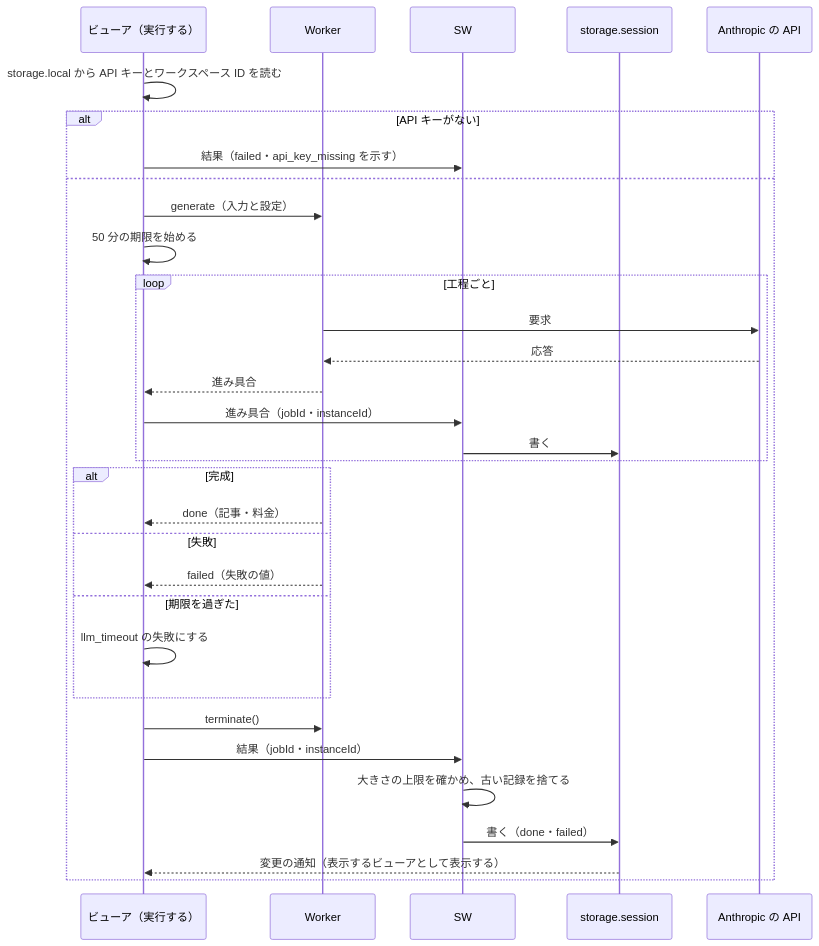
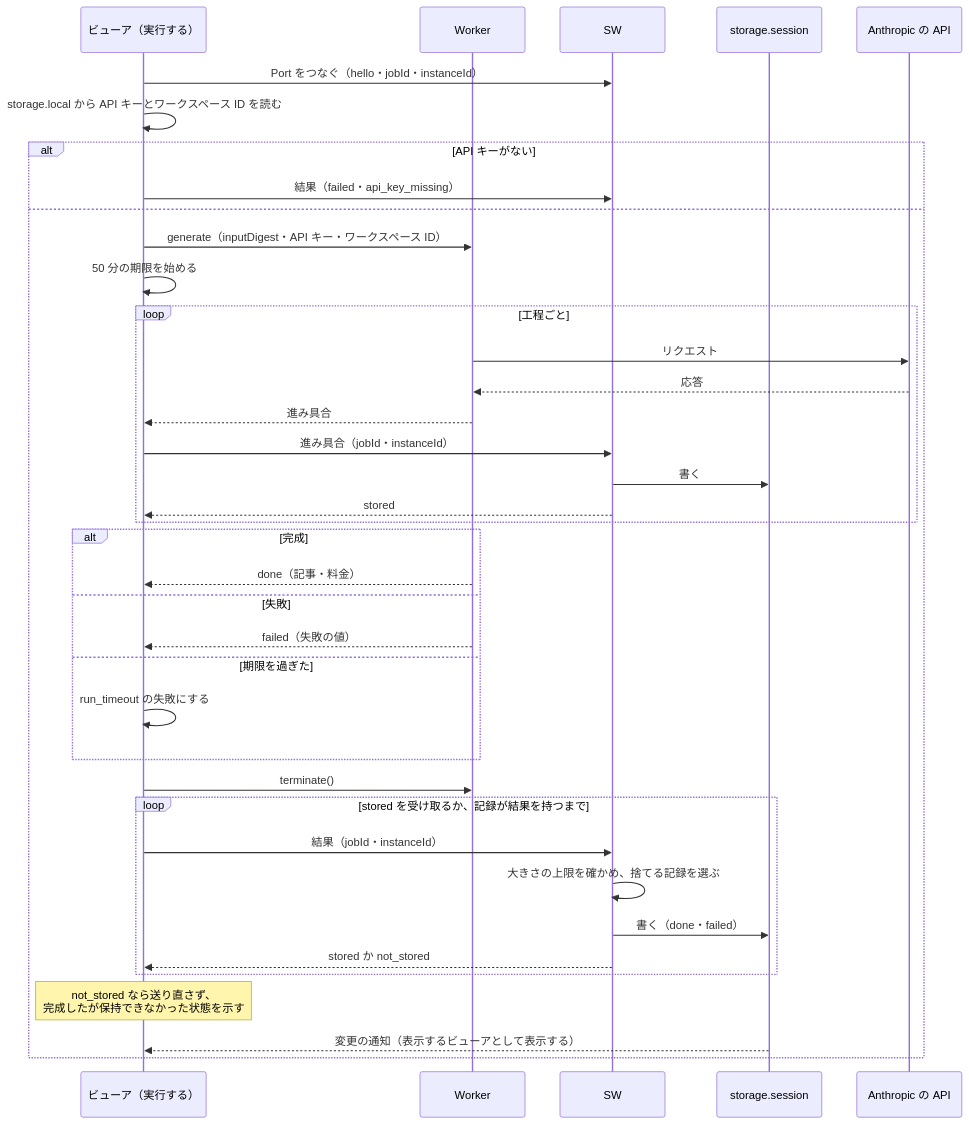
Before and after one commit to isseis/yt2column: the seventh of 9 diagrams in docs/tasks/0090_extension_only_architecture/02_architecture.md, drawn with Mermaid. The commit also changed other lines of this file and 15 other files, not shown here.

First line of the commit message:
docs(0090): apply the panel review and the prose pass to the architecture

````diff
--- a/docs/tasks/0090_extension_only_architecture/02_architecture.md
+++ b/docs/tasks/0090_extension_only_architecture/02_architecture.md
@@ -948,35 +1149,41 @@
 ```mermaid
 sequenceDiagram
     participant V as ビューア（実行する）
     participant W as Worker
     participant S as SW
     participant SS as storage.session
     participant A as Anthropic の API
 
+    V->>S: Port をつなぐ（hello・jobId・instanceId）
     V->>V: storage.local から API キーとワークスペース ID を読む
     alt API キーがない
-        V->>S: 結果（failed・api_key_missing を示す）
+        V->>S: 結果（failed・api_key_missing）
     else
-        V->>W: generate（入力と設定）
+        V->>W: generate（inputDigest・API キー・ワークスペース ID）
         V->>V: 50 分の期限を始める
         loop 工程ごと
-            W->>A: 要求
+            W->>A: リクエスト
             A-->>W: 応答
             W-->>V: 進み具合
             V->>S: 進み具合（jobId・instanceId）
             S->>SS: 書く
+            S-->>V: stored
         end
         alt 完成
             W-->>V: done（記事・料金）
         else 失敗
             W-->>V: failed（失敗の値）
         else 期限を過ぎた
-            V->>V: llm_timeout の失敗にする
+            V->>V: run_timeout の失敗にする
         end
         V->>W: terminate()
-        V->>S: 結果（jobId・instanceId）
-        S->>S: 大きさの上限を確かめ、古い記録を捨てる
-        S->>SS: 書く（done・failed）
+        loop stored を受け取るか、記録が結果を持つまで
+            V->>S: 結果（jobId・instanceId）
+            S->>S: 大きさの上限を確かめ、捨てる記録を選ぶ
+            S->>SS: 書く（done・failed）
+            S-->>V: stored か not_stored
+        end
+        Note over V: not_stored なら送り直さず、<br>完成したが保持できなかった状態を示す
         SS-->>V: 変更の通知（表示するビューアとして表示する）
     end
 ```
````
